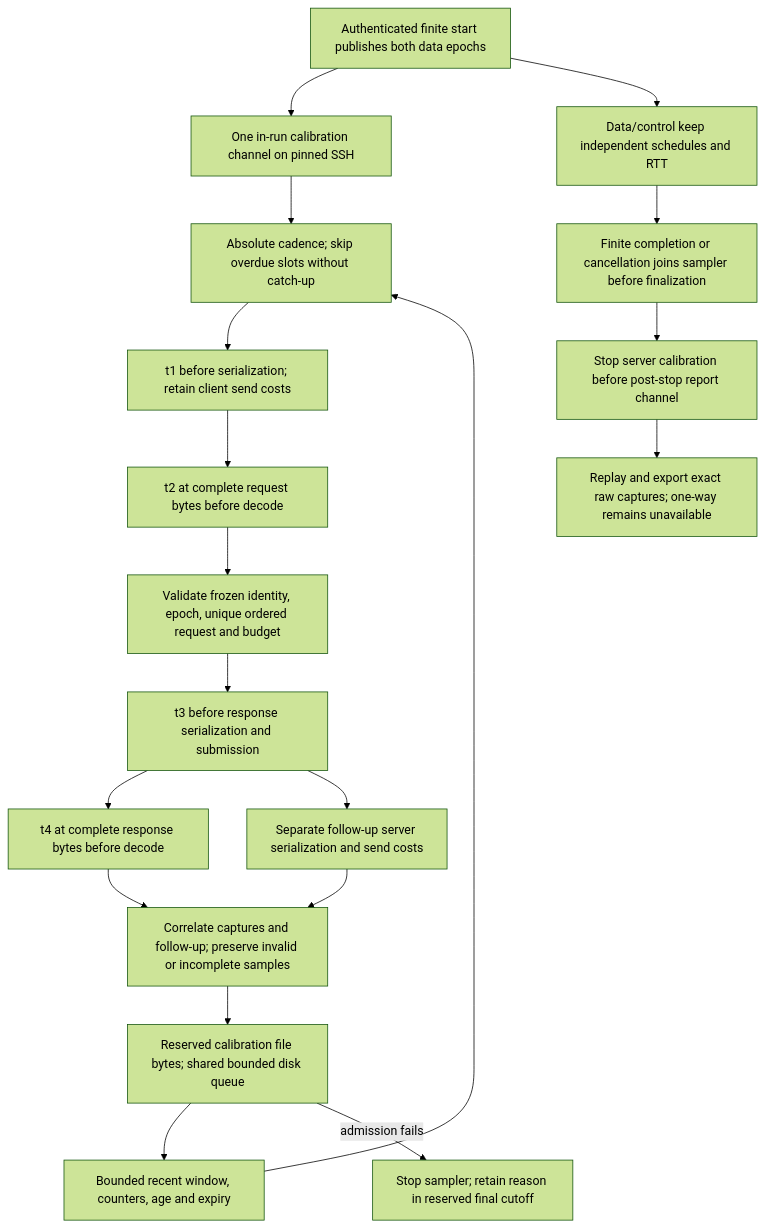
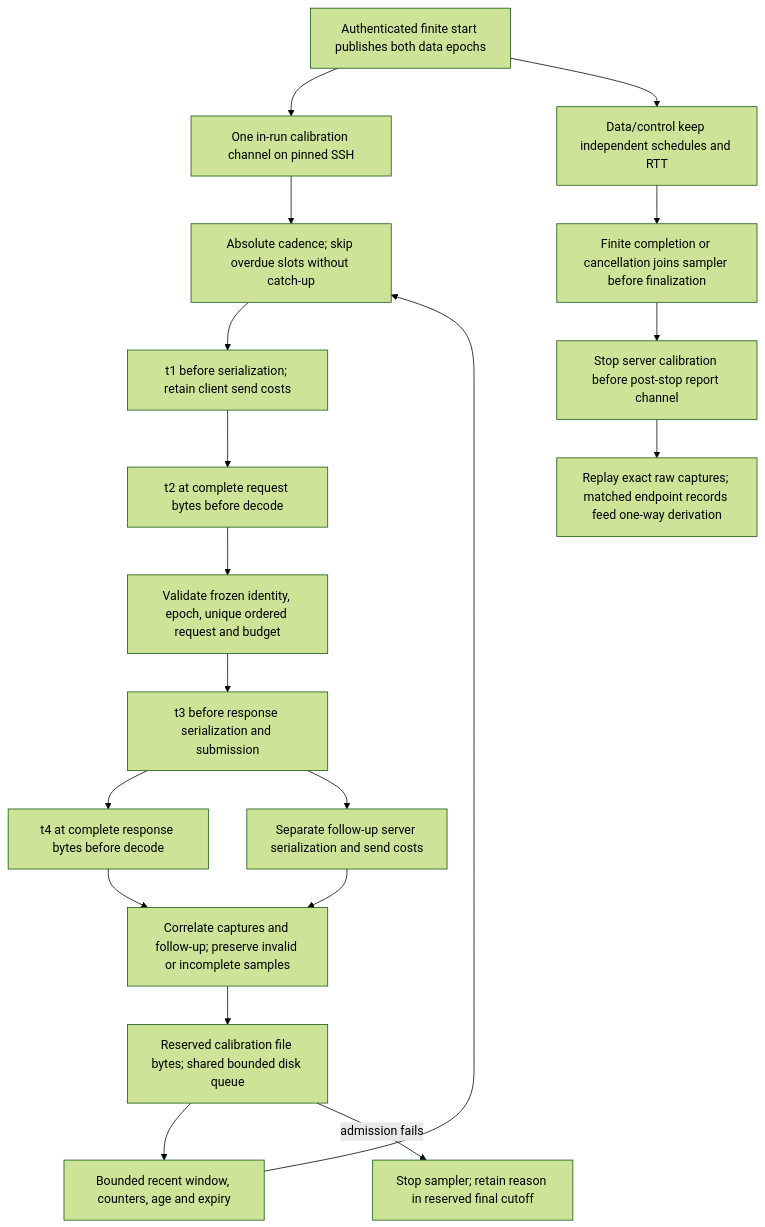
Diagram 14 of 15 in FLOWCHART.md (rashidbestry/sneaky-port), drawn with Mermaid (forest theme) before and after one commit. The commit also changed other lines of this file and 13 other files, not shown here.

First line of the commit message:
Enhance one-way integration and calibration features

````diff
--- a/FLOWCHART.md
+++ b/FLOWCHART.md
@@ -361,21 +361,21 @@
 ```mermaid
 flowchart TD
     A[Authenticated finite start publishes both data epochs] --> B[One in-run calibration channel on pinned SSH]
     B --> C[Absolute cadence; skip overdue slots without catch-up]
     C --> D[t1 before serialization; retain client send costs]
     D --> E[t2 at complete request bytes before decode]
     E --> F[Validate frozen identity, epoch, unique ordered request and budget]
     F --> G[t3 before response serialization and submission]
     G --> H[t4 at complete response bytes before decode]
     G --> I[Separate follow-up server serialization and send costs]
     H --> J[Correlate captures and follow-up; preserve invalid or incomplete samples]
     I --> J
     J --> K[Reserved calibration file bytes; shared bounded disk queue]
     K --> L[Bounded recent window, counters, age and expiry]
     L --> C
     K -->|admission fails| M[Stop sampler; retain reason in reserved final cutoff]
     A --> N[Data/control keep independent schedules and RTT]
     N --> O[Finite completion or cancellation joins sampler before finalization]
     O --> P[Stop server calibration before post-stop report channel]
-    P --> Q[Replay and export exact raw captures; one-way remains unavailable]
+    P --> Q[Replay exact raw captures; matched endpoint records feed one-way derivation]
 ```
````
